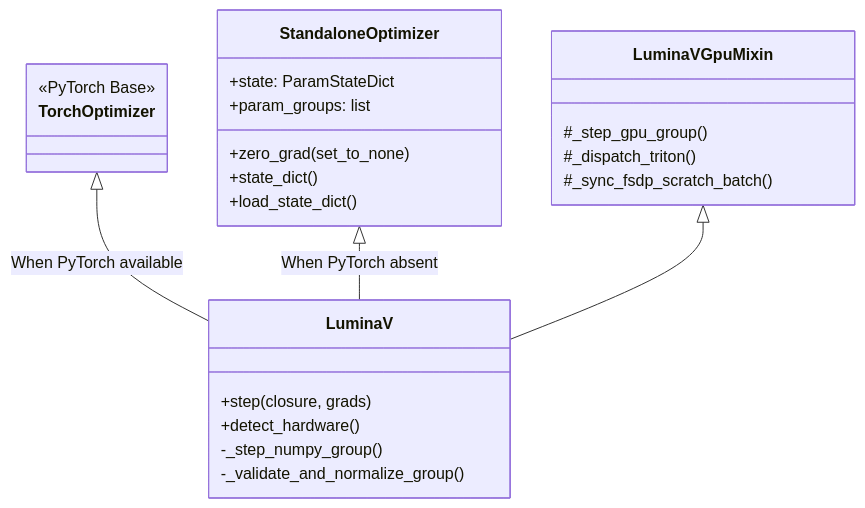
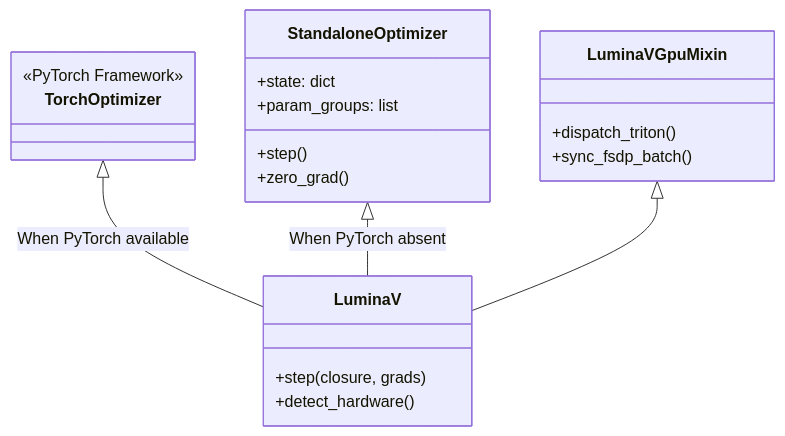
One commit to cloverx-id/luminamoon changed the diagram in docs/optimize/python_runtime/README.md. Above: the diagram before and after it, drawn with Mermaid. The commit also changed 33 other files, not shown here.

Commit message:
change diagram style

````diff
--- a/docs/optimize/python_runtime/README.md
+++ b/docs/optimize/python_runtime/README.md
@@ -11,31 +11,27 @@
 ```mermaid
 classDiagram
     class StandaloneOptimizer {
-        +state: ParamStateDict
+        +state: dict
         +param_groups: list
-        +zero_grad(set_to_none)
-        +state_dict()
-        +load_state_dict()
+        +step()
+        +zero_grad()
     }
 
     class TorchOptimizer {
-        <<PyTorch Base>>
+        <<PyTorch Framework>>
     }
 
     class LuminaVGpuMixin {
-        #_step_gpu_group()
-        #_dispatch_triton()
-        #_sync_fsdp_scratch_batch()
+        +dispatch_triton()
+        +sync_fsdp_batch()
     }
 
     class LuminaV {
         +step(closure, grads)
         +detect_hardware()
-        -_step_numpy_group()
-        -_validate_and_normalize_group()
     }
 
     TorchOptimizer <|-- LuminaV : When PyTorch available
     StandaloneOptimizer <|-- LuminaV : When PyTorch absent
     LuminaVGpuMixin <|-- LuminaV
 ```
````
